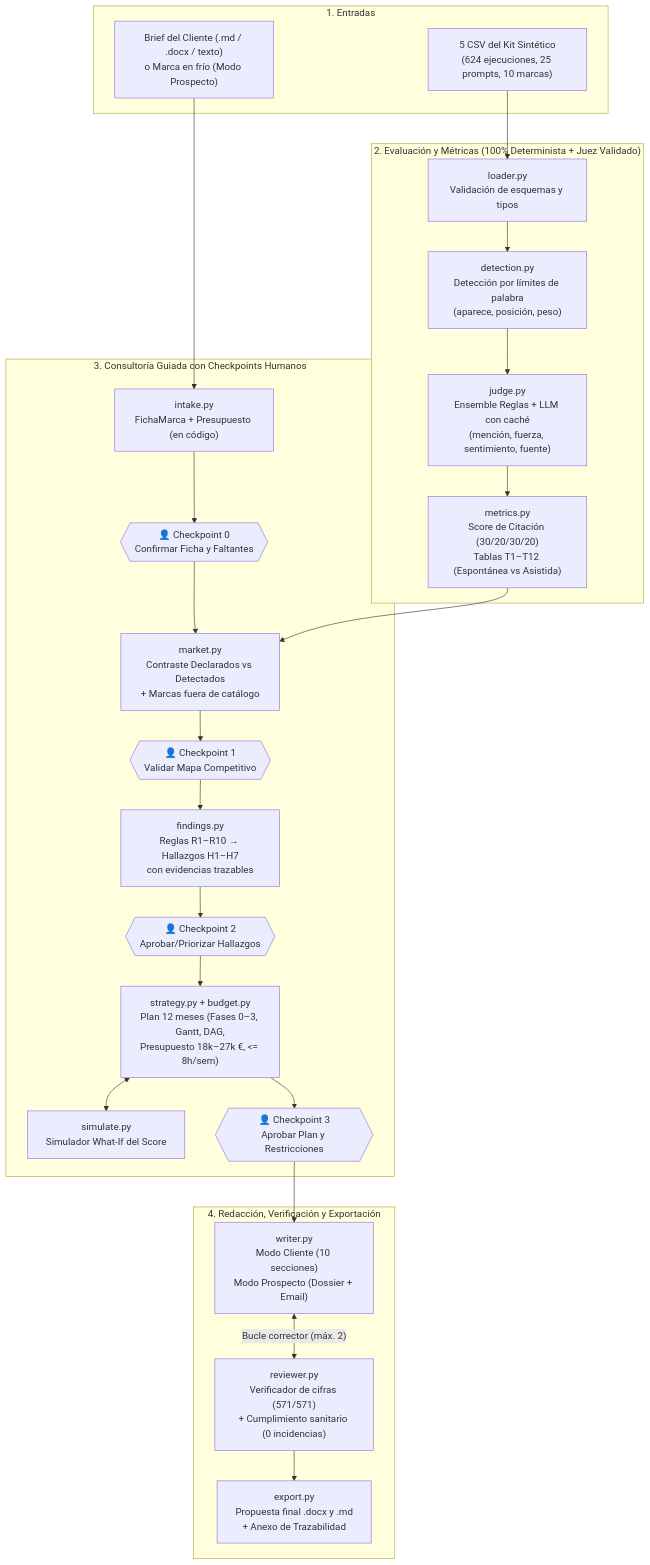
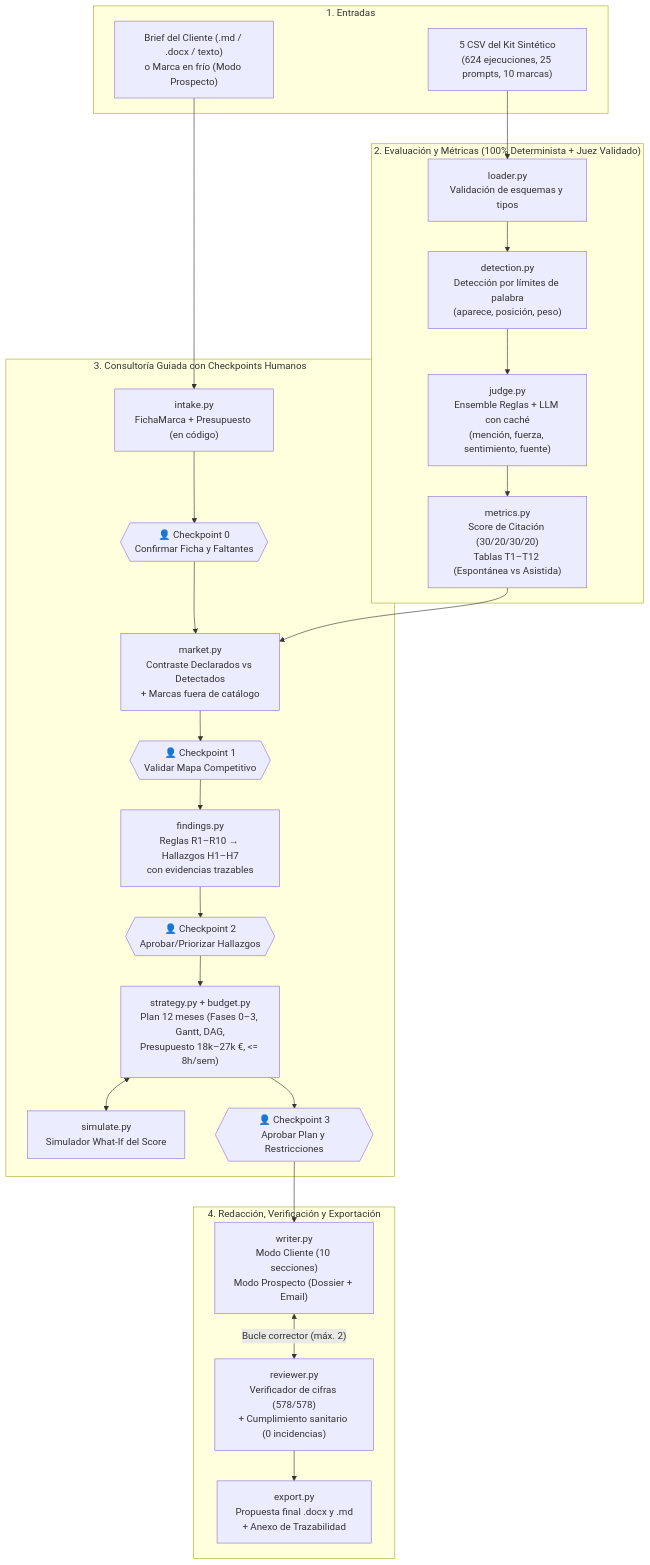
The diagram in ARQUITECTURA.md (alexbernaldo/geo-copilot), drawn with Mermaid before and after one commit. The commit also changed other lines of this file and 16 other files, not shown here.

````diff
--- a/ARQUITECTURA.md
+++ b/ARQUITECTURA.md
@@ -11,43 +11,43 @@
 ```mermaid
 flowchart TD
     subgraph Entradas["1. Entradas"]
         CSV["5 CSV del Kit Sintético\n(624 ejecuciones, 25 prompts, 10 marcas)"]
         BRIEF["Brief del Cliente (.md / .docx / texto)\no Marca en frío (Modo Prospecto)"]
     end
 
     subgraph Evaluacion["2. Evaluación y Métricas (100% Determinista + Juez Validado)"]
         LOAD["loader.py\nValidación de esquemas y tipos"]
         DET["detection.py\nDetección por límites de palabra\n(aparece, posición, peso)"]
         JUDGE["judge.py\nEnsemble Reglas + LLM con caché\n(mención, fuerza, sentimiento, fuente)"]
         MET["metrics.py\nScore de Citación (30/20/30/20)\nTablas T1–T12 (Espontánea vs Asistida)"]
     end
 
     subgraph Consultoria["3. Consultoría Guiada con Checkpoints Humanos"]
         INT["intake.py\nFichaMarca + Presupuesto (en código)"]
         CP0{{"👤 Checkpoint 0\nConfirmar Ficha y Faltantes"}}
         MKT["market.py\nContraste Declarados vs Detectados\n+ Marcas fuera de catálogo"]
         CP1{{"👤 Checkpoint 1\nValidar Mapa Competitivo"}}
         FIND["findings.py\nReglas R1–R10 → Hallazgos H1–H7\ncon evidencias trazables"]
         CP2{{"👤 Checkpoint 2\nAprobar/Priorizar Hallazgos"}}
         STRAT["strategy.py + budget.py\nPlan 12 meses (Fases 0–3, Gantt, DAG,\nPresupuesto 18k–27k €, <= 8h/sem)"]
         SIM["simulate.py\nSimulador What-If del Score"]
         CP3{{"👤 Checkpoint 3\nAprobar Plan y Restricciones"}}
     end
 
     subgraph Salida["4. Redacción, Verificación y Exportación"]
         WRT["writer.py\nModo Cliente (10 secciones)\nModo Prospecto (Dossier + Email)"]
-        REV["reviewer.py\nVerificador de cifras (571/571)\n+ Cumplimiento sanitario (0 incidencias)"]
+        REV["reviewer.py\nVerificador de cifras (578/578)\n+ Cumplimiento sanitario (0 incidencias)"]
         EXP["export.py\nPropuesta final .docx y .md\n+ Anexo de Trazabilidad"]
     end
 
     CSV --> LOAD --> DET --> JUDGE --> MET
     BRIEF --> INT --> CP0
     CP0 --> MKT
     MET --> MKT --> CP1
     CP1 --> FIND --> CP2
     CP2 --> STRAT
     STRAT <--> SIM
     STRAT --> CP3 --> WRT
     WRT <-->|"Bucle corrector (máx. 2)"| REV
     REV --> EXP
 ```
````
